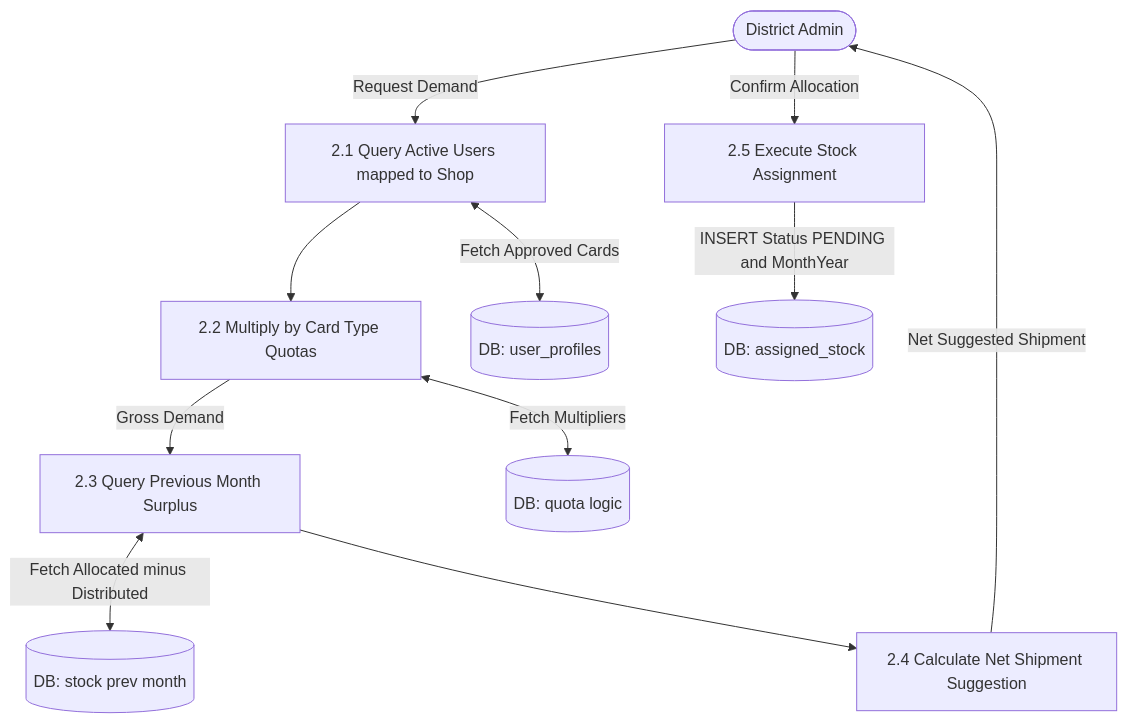
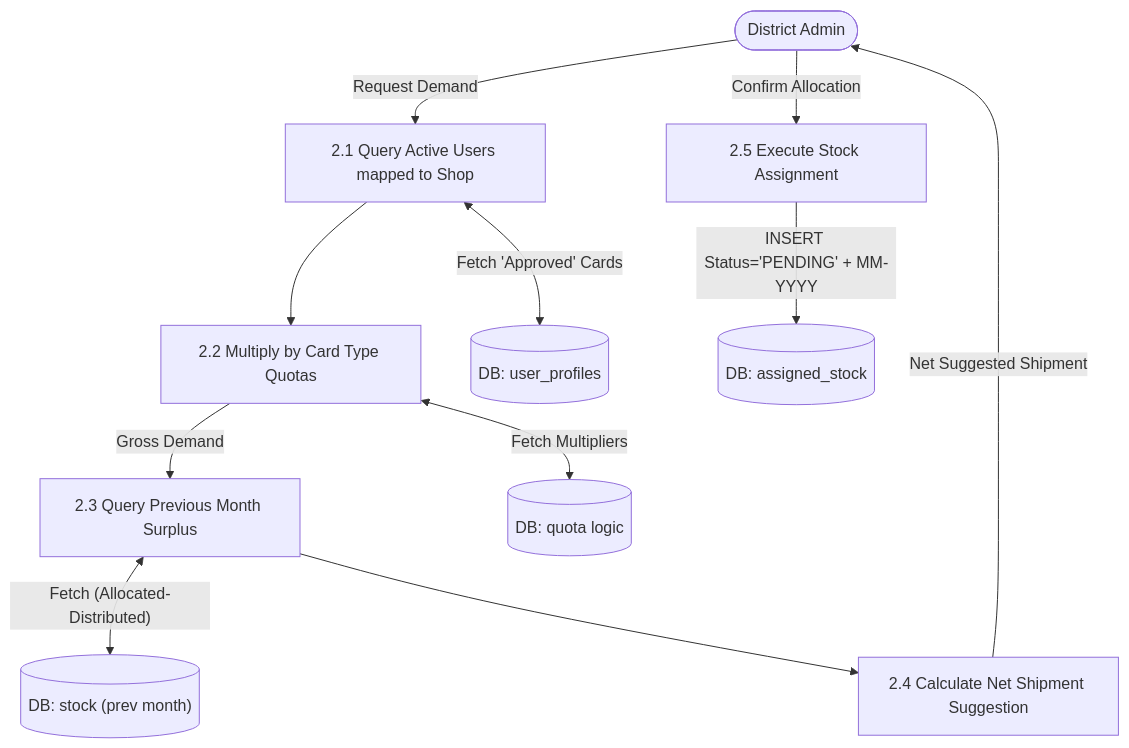
Before and after one commit to Ridhin-raj/MyRation: the fifth of 7 diagrams in README.md, drawn with Mermaid.

Commit message:
fix(docs): securely wrap exact preferred mermaid edge labels in double quotes

````diff
--- a/README.md
+++ b/README.md
@@ -165,26 +165,26 @@
 ```mermaid
 flowchart TD
     Admin([District Admin])
 
     P21["2.1 Query Active Users mapped to Shop"]
     P22["2.2 Multiply by Card Type Quotas"]
     P23["2.3 Query Previous Month Surplus"]
     P24["2.4 Calculate Net Shipment Suggestion"]
     P25["2.5 Execute Stock Assignment"]
 
     D_Users[("DB: user_profiles")]
-    D_Stock[("DB: stock prev month")]
+    D_Stock[("DB: stock (prev month)")]
     D_Quota[("DB: quota logic")]
     D_Transit[("DB: assigned_stock")]
 
-    Admin -->|Request Demand| P21
-    P21 <-->|Fetch Approved Cards| D_Users
-    P21 --> P22 <-->|Fetch Multipliers| D_Quota
-    P22 -->|Gross Demand| P23
-    P23 <-->|Fetch Allocated minus Distributed| D_Stock
+    Admin -->|"Request Demand"| P21
+    P21 <-->|"Fetch 'Approved' Cards"| D_Users
+    P21 --> P22 <-->|"Fetch Multipliers"| D_Quota
+    P22 -->|"Gross Demand"| P23
+    P23 <-->|"Fetch (Allocated-Distributed)"| D_Stock
     P23 --> P24
-    P24 -->|Net Suggested Shipment| Admin
+    P24 -->|"Net Suggested Shipment"| Admin
 
-    Admin -->|Confirm Allocation| P25
-    P25 -->|INSERT Status PENDING and MonthYear| D_Transit
+    Admin -->|"Confirm Allocation"| P25
+    P25 -->|"INSERT Status='PENDING' + MM-YYYY"| D_Transit
 ```
````
